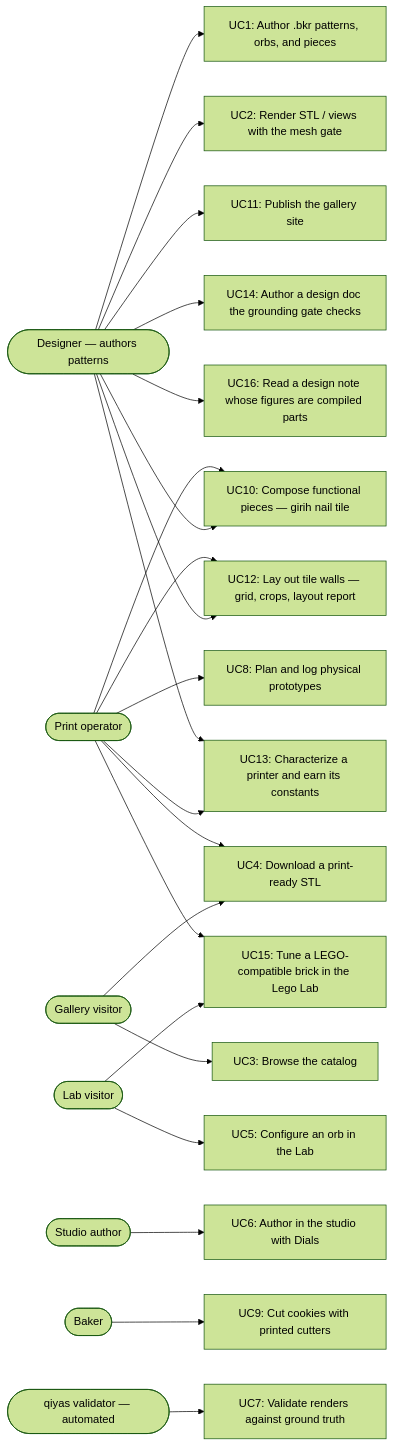
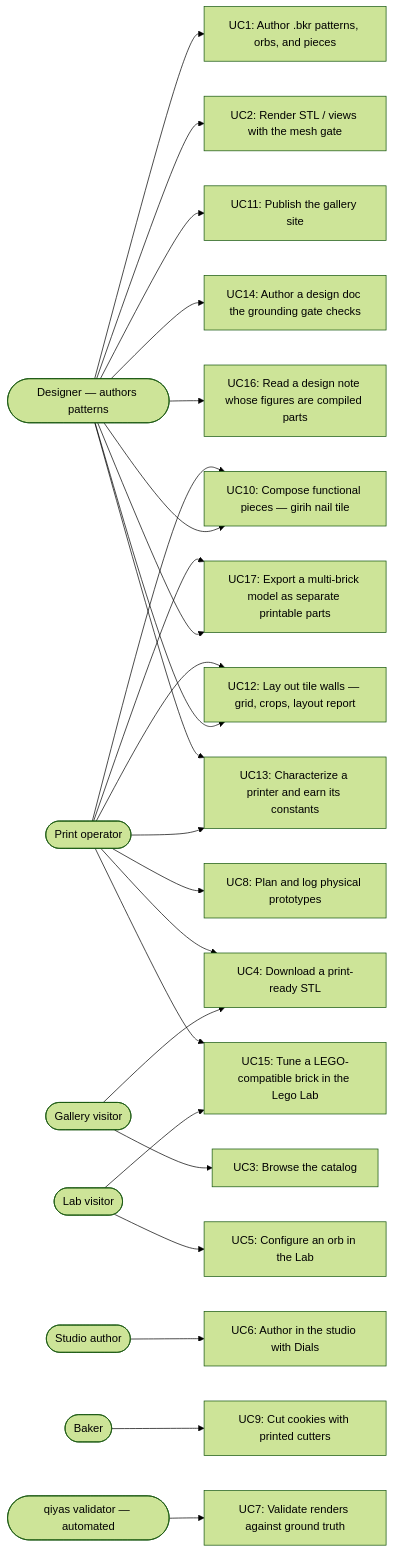
One commit to omars-lab/3d-models changed the diagram in .claude/skills/maintain-use-cases/use-cases.md. Above: the diagram before and after it, drawn with Mermaid (forest theme). The commit also changed other lines of this file and 4 other files, not shown here.

````diff
--- a/.claude/skills/maintain-use-cases/use-cases.md
+++ b/.claude/skills/maintain-use-cases/use-cases.md
@@ -24,32 +24,34 @@
 ```mermaid
 flowchart LR
   designer([Designer — authors patterns])
   visitor([Gallery visitor])
   labuser([Lab visitor])
   studiouser([Studio author])
   printop([Print operator])
   baker([Baker])
   validator([qiyas validator — automated])
 
   designer --> UC1[UC1: Author .bkr patterns, orbs, and pieces]
   designer --> UC2[UC2: Render STL / views with the mesh gate]
   designer --> UC10[UC10: Compose functional pieces — girih nail tile]
   designer --> UC11[UC11: Publish the gallery site]
   designer --> UC12[UC12: Lay out tile walls — grid, crops, layout report]
   designer --> UC14[UC14: Author a design doc the grounding gate checks]
   designer --> UC16[UC16: Read a design note whose figures are compiled parts]
+  designer --> UC17[UC17: Export a multi-brick model as separate printable parts]
+  printop --> UC17
   visitor --> UC3[UC3: Browse the catalog]
   visitor --> UC4[UC4: Download a print-ready STL]
   labuser --> UC5[UC5: Configure an orb in the Lab]
   labuser --> UC15[UC15: Tune a LEGO-compatible brick in the Lego Lab]
   printop --> UC15
   studiouser --> UC6[UC6: Author in the studio with Dials]
   printop --> UC4
   printop --> UC8[UC8: Plan and log physical prototypes]
   printop --> UC10
   printop --> UC12
   printop --> UC13[UC13: Characterize a printer and earn its constants]
   designer --> UC13
   baker --> UC9[UC9: Cut cookies with printed cutters]
   validator --> UC7[UC7: Validate renders against ground truth]
 ```
````
